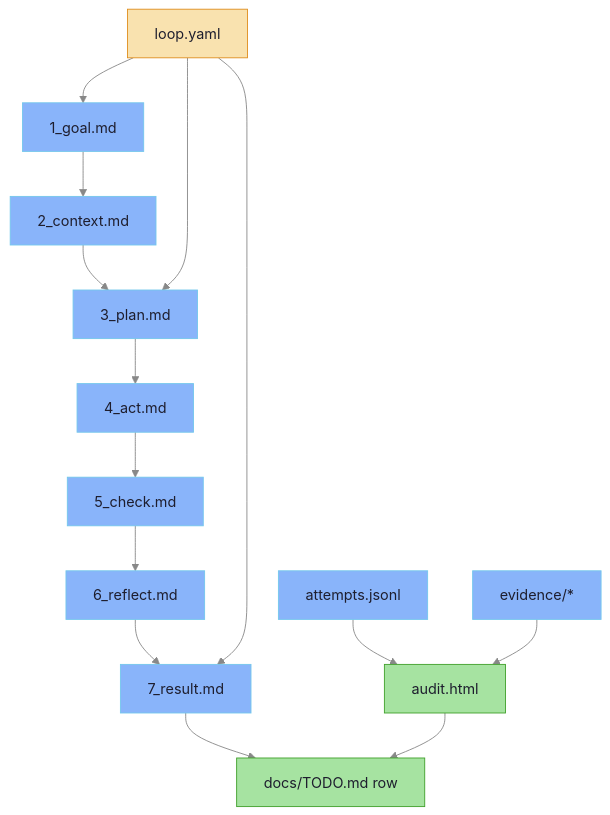
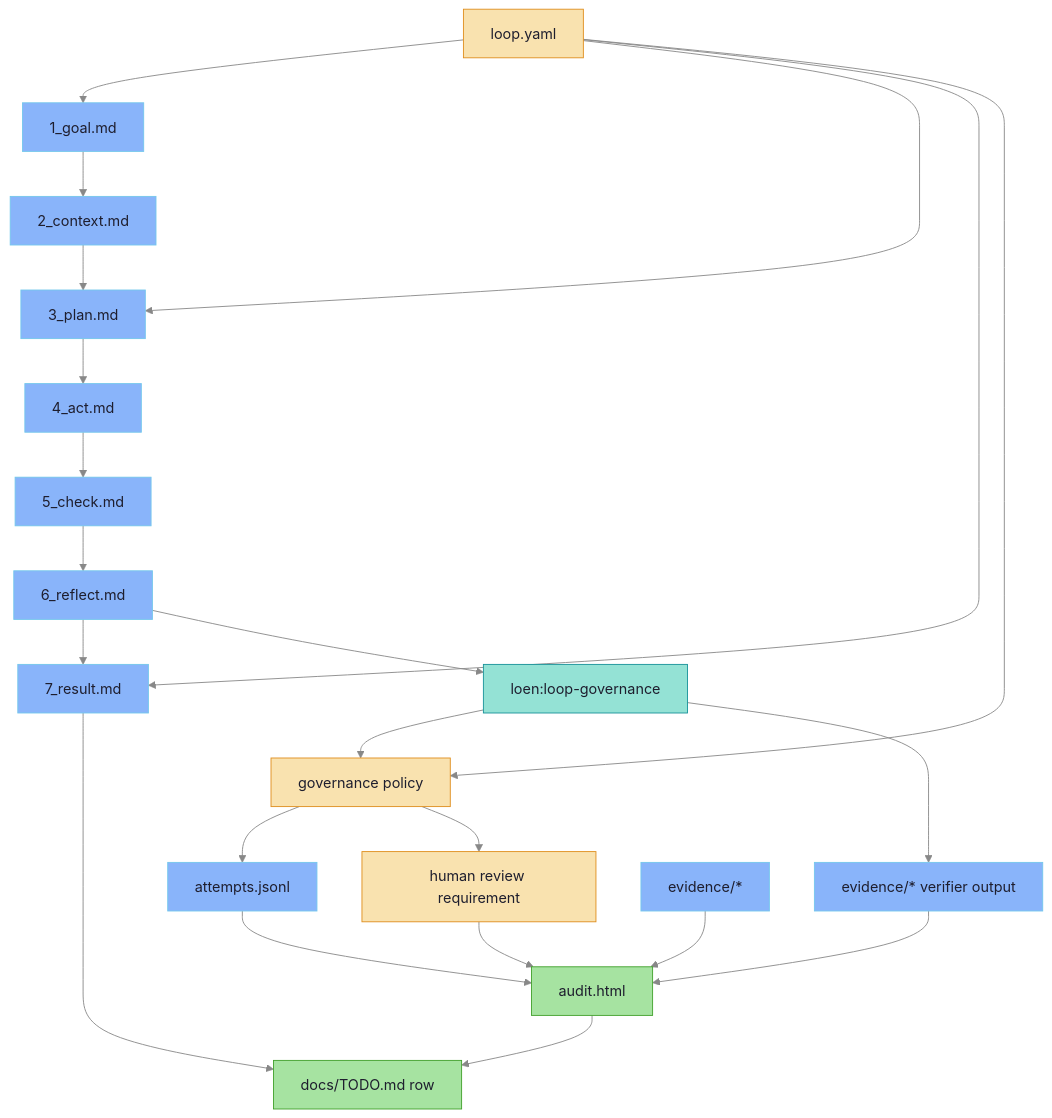
One commit to ikeniborn/icodex changed the third of 3 diagrams in .codex-isolated/plugins/cache/icodex-local/loen/0.1.0/docs/architecture.md. Above: the diagram before and after it, drawn with Mermaid. The commit also changed 6 other files, not shown here.

Commit message:
docs(loen): show governance execution branch

````diff
--- a/.codex-isolated/plugins/cache/icodex-local/loen/0.1.0/docs/architecture.md
+++ b/.codex-isolated/plugins/cache/icodex-local/loen/0.1.0/docs/architecture.md
@@ -120,24 +120,34 @@
 ```mermaid
 %%{init: {'theme': 'base', 'themeVariables': {'background': '#1e1e2e', 'primaryColor': '#313244', 'primaryTextColor': '#cdd6f4', 'primaryBorderColor': '#89b4fa', 'lineColor': '#888888', 'secondaryColor': '#181825', 'tertiaryColor': '#45475a'}}}%%
 flowchart TD
     Goal["1_goal.md"] --> Context["2_context.md"]
     Context --> Plan["3_plan.md"]
     Plan --> Act["4_act.md"]
     Act --> Check["5_check.md"]
     Check --> Reflect["6_reflect.md"]
     Reflect --> Result["7_result.md"]
+    Reflect --> GovernanceRun["loen:loop-governance"]
     LoopYaml["loop.yaml"] --> Goal
     LoopYaml --> Plan
     LoopYaml --> Result
+    LoopYaml --> GovernancePolicy["governance policy"]
+    GovernanceRun --> GovernancePolicy
+    GovernancePolicy --> Attempts["attempts.jsonl"]
     Attempts["attempts.jsonl"] --> AuditHtml["audit.html"]
+    GovernanceRun --> GovernanceEvidence["evidence/* verifier output"]
+    GovernanceEvidence --> AuditHtml
+    GovernancePolicy --> HumanReview["human review requirement"]
+    HumanReview --> AuditHtml
     Evidence["evidence/*"] --> AuditHtml
     Result --> TodoRow["docs/TODO.md row"]
     AuditHtml --> TodoRow
 
     classDef artifact fill:#89b4fa,color:#1e1e2e,stroke:#74c7ec
     classDef contract fill:#f9e2af,color:#1e1e2e,stroke:#df8e1d
     classDef report fill:#a6e3a1,color:#1e1e2e,stroke:#40a02b
-    class Goal,Context,Plan,Act,Check,Reflect,Result,Attempts,Evidence artifact
-    class LoopYaml contract
+    classDef governance fill:#94e2d5,color:#1e1e2e,stroke:#179299
+    class Goal,Context,Plan,Act,Check,Reflect,Result,Attempts,Evidence,GovernanceEvidence artifact
+    class LoopYaml,GovernancePolicy,HumanReview contract
+    class GovernanceRun governance
     class AuditHtml,TodoRow report
 ```
````
